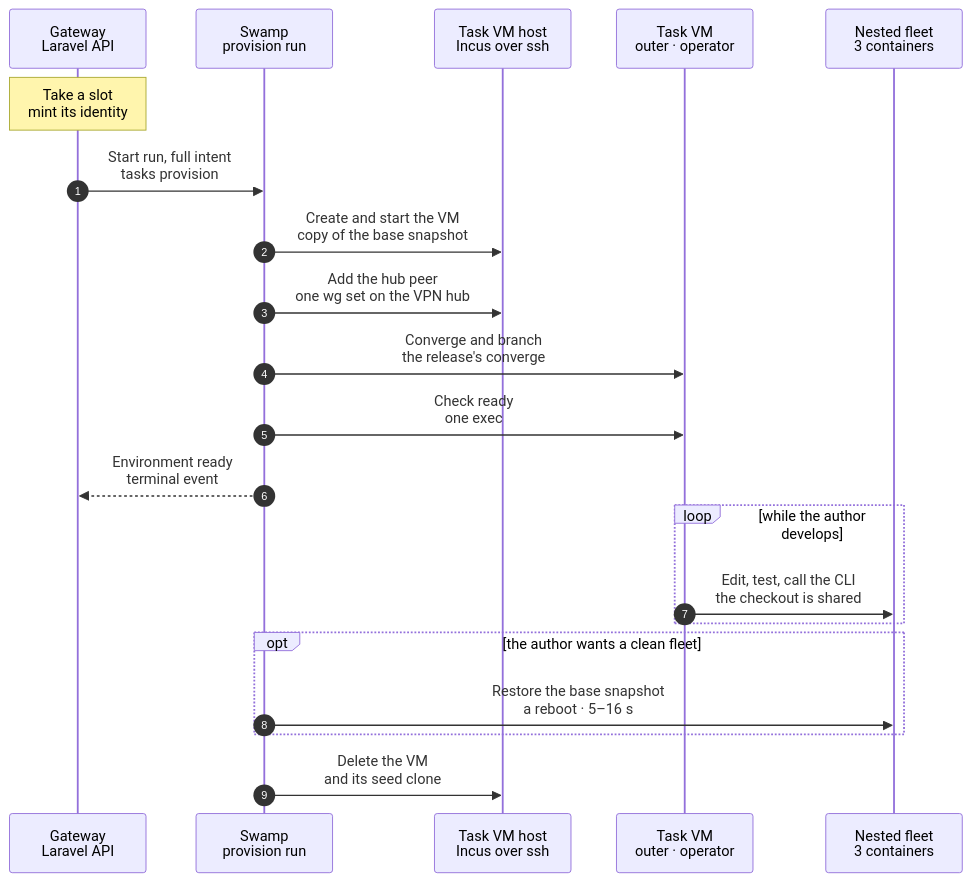
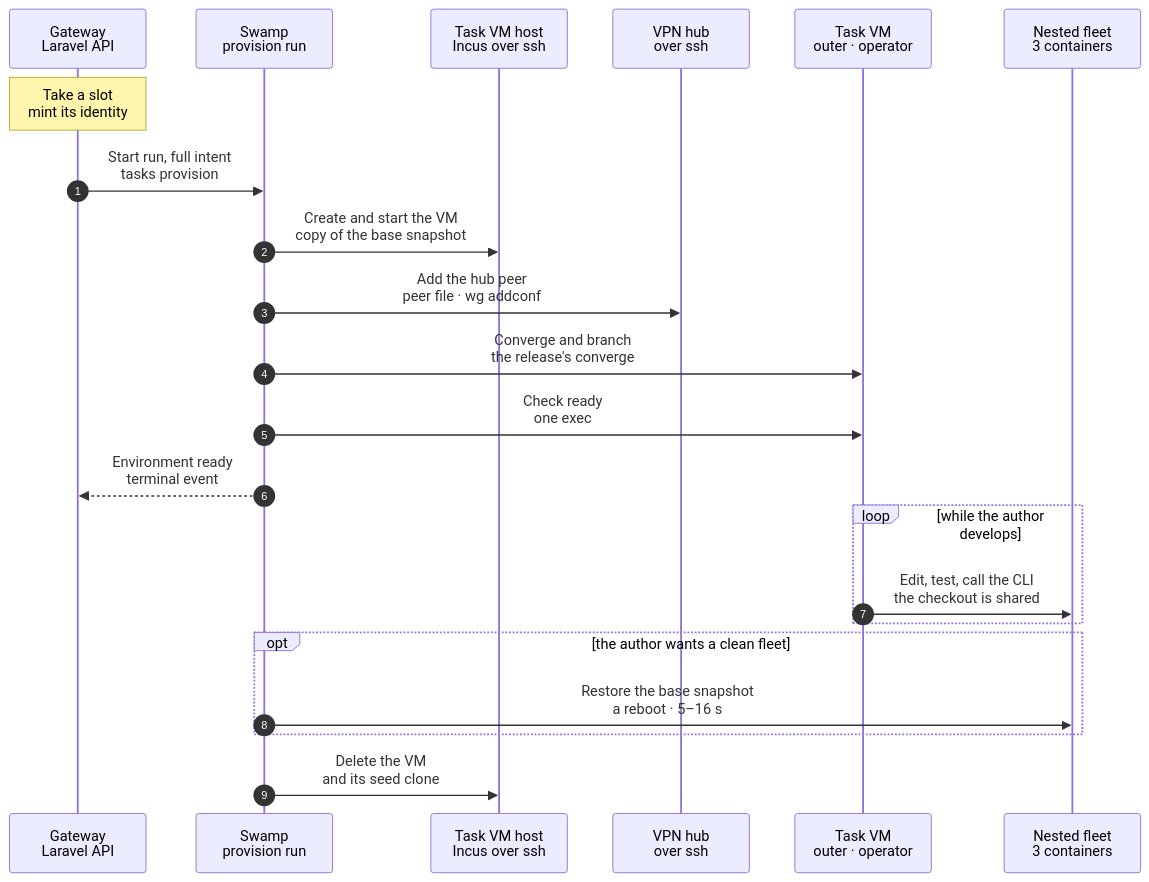
One commit to hardimpactdev/orbit changed the diagram in docs/reference/pipeline/2-development-environment.mmd. Above: the diagram before and after it, drawn with Mermaid. The commit also changed 16 other files, not shown here.

```diff
--- a/docs/reference/pipeline/2-development-environment.mmd
+++ b/docs/reference/pipeline/2-development-environment.mmd
@@ -1,59 +1,61 @@
 sequenceDiagram
   %% Target design (agreed with Nick, 2026-11-07): stage 2 of the command development pipeline. A task VM, where an agent or Nick develops a command and the proof cases run too, is a copy of the host's base VM snapshot with a fresh identity, named `<node>-tvm-<n>` by its slot under the host's `max_vms`. The base holds everything installed and ready: orbit-agent, the Pi server, the tools, Swamp, sshd and UFW, a warm checkout of main with `vendor/` and `node_modules/`, and the nested fleet (a Gateway with Swamp, an app-dev Node, an app-prod Node) as Incus system containers that start with the VM, with a `base` snapshot each for the proof. The containers mount the outer VM's checkout as a disk device, so an edit reaches them at once. The task start: docs/cli/tasks/provision.mmd.
   %% status: draft
   %% command: development pipeline stage 2 · development environment
   %% kind: pipeline.2-development-environment
   autonumber
   %% lane GW icon=gateway pill=intent tone=blue
   %% lane SW icon=workflow pill=executes tone=green
   %% lane H icon=server pill=target tone=amber
+  %% lane HUB icon=server pill=hub tone=gray
   %% lane VM icon=server pill=task VM tone=purple
   %% lane NT icon=server pill=fleet tone=gray
   participant GW as Gateway<br/>Laravel API
   participant SW as Swamp<br/>provision run
   participant H as Task VM host<br/>Incus over ssh
+  participant HUB as VPN hub<br/>over ssh
   participant VM as Task VM<br/>outer · operator
   participant NT as Nested fleet<br/>3 containers
   Note over GW: Take a slot<br/>mint its identity
   %%> Requirements:
   %%> - an external task group in `todo`, a free slot under a host's `max_vms` and a promoted base snapshot on that host
   %%> Result:
   %%> - the group holds the slot; its Node, WireGuard key, host key, agent secret, Pi token and model key are new, and the public keys are pinned on the Node
   %%> - a proof is placed only on a host whose promoted image holds every change of what the image carries, up to the merge base of the proof commit with main (`TaskVmImageInputs`); otherwise the admission answers `tasks.capacity_unavailable` and names the release the host's image comes from
   GW->>SW: Start run, full intent<br/>tasks provision
   %%> Why:
   %%> - the same run for a person, an agent or a CI proof
   SW->>H: Create and start the VM<br/>copy of the base snapshot
   %%> What it does:
   %%> - `incus copy` of the host's base snapshot and a clone of its seed snapshot (ZFS clones), the identity and keys written in the same exec, `incus start`; the containers start with the VM
-  SW->>H: Add the hub peer<br/>one wg set on the VPN hub
+  SW->>HUB: Add the hub peer<br/>peer file · wg addconf
   %%> Runs beside the step before it: Swamp starts both at once.
   %%> What it does:
   %%> - adds the new WireGuard key as a peer of the hub while the VM boots
   SW->>VM: Converge and branch<br/>the release's converge
   %%> What it does:
   %%> - the converge of the release refresh: a no-op on a current image; it catches up a small delta when main moved since the last release
   %%> - then the new task branch on the warm checkout, at the group's start commit
   %%> - the outer VM is the operator of the nested fleet; that operator key belongs to the nested network only and is baked with the fleet, so it is no part of the VM's identity
   SW->>VM: Check ready<br/>one exec
   %%> What it does:
   %%> - one exec checks the agent, Pi, the tunnel and the three containers; Swamp's `assert` decides
   SW-->>GW: Environment ready<br/>terminal event
   %%> Result:
   %%> - the group runs on the slot; the proof (stage 3) or the proof CI (stage 4) uses the fleet
   %%> - target under 30 s from admission
   loop while the author develops
     VM->>NT: Edit, test, call the CLI<br/>the checkout is shared
     %%> What it does:
     %%> - the author edits and runs tests on the outer VM; PHP in the nested containers sees the change on the next request
     %%> - the candidate CLI on the outer VM talks to the nested Gateway as the operator
     %%> - after a new migration, the author runs the migrations in the nested Gateway
   end
   opt the author wants a clean fleet
     SW->>NT: Restore the base snapshot<br/>a reboot · 5–16 s
     %%> What it keeps:
     %%> - the outer VM, Pi and the checkout
   end
   SW->>H: Delete the VM<br/>and its seed clone
   %%> What it does:
   %%> - at the end of the group the VM and its seed clone go and the claim's model key is revoked (docs/cli/tasks/cancel.mmd); the identity stays
```
